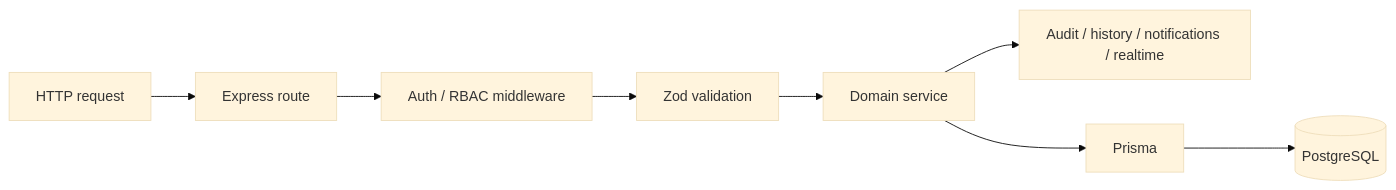
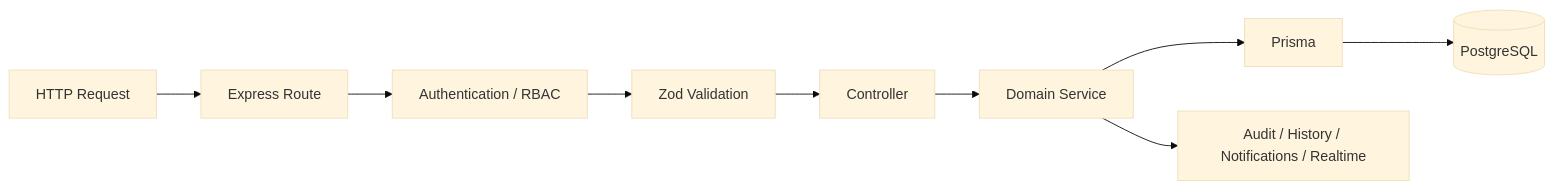
The ninth of 12 diagrams in README.md (bahaayoussof/crm), drawn with Mermaid (base theme) before and after one commit. The commit also changed other lines of this file, not shown here.

````diff
--- a/README.md
+++ b/README.md
@@ -280,19 +403,21 @@
 ```mermaid
 flowchart LR
-    Request["HTTP request"]
-    Route["Express route"]
-    Auth["Auth / RBAC middleware"]
-    Zod["Zod validation"]
-    Service["Domain service"]
-    Side["Audit / history / notifications / realtime"]
+    Request["HTTP Request"]
+    Route["Express Route"]
+    Auth["Authentication / RBAC"]
+    Validation["Zod Validation"]
+    Controller["Controller"]
+    Service["Domain Service"]
     Prisma["Prisma"]
-    DB[(PostgreSQL)]
+    DB[("PostgreSQL")]
+    SideEffects["Audit / History / Notifications / Realtime"]
 
     Request --> Route
     Route --> Auth
-    Auth --> Zod
-    Zod --> Service
+    Auth --> Validation
+    Validation --> Controller
+    Controller --> Service
     Service --> Prisma
     Prisma --> DB
-    Service --> Side
+    Service --> SideEffects
 ```
````
